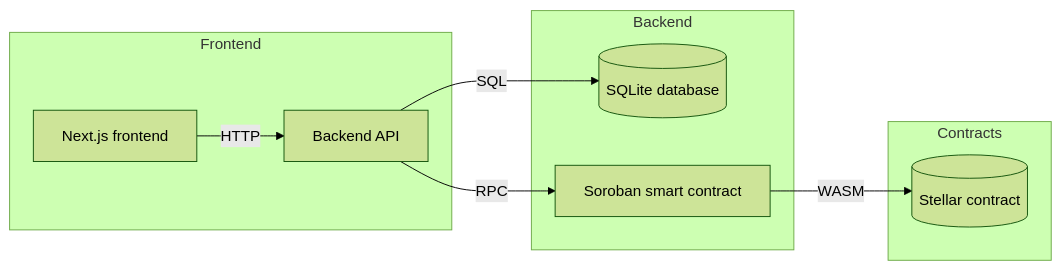
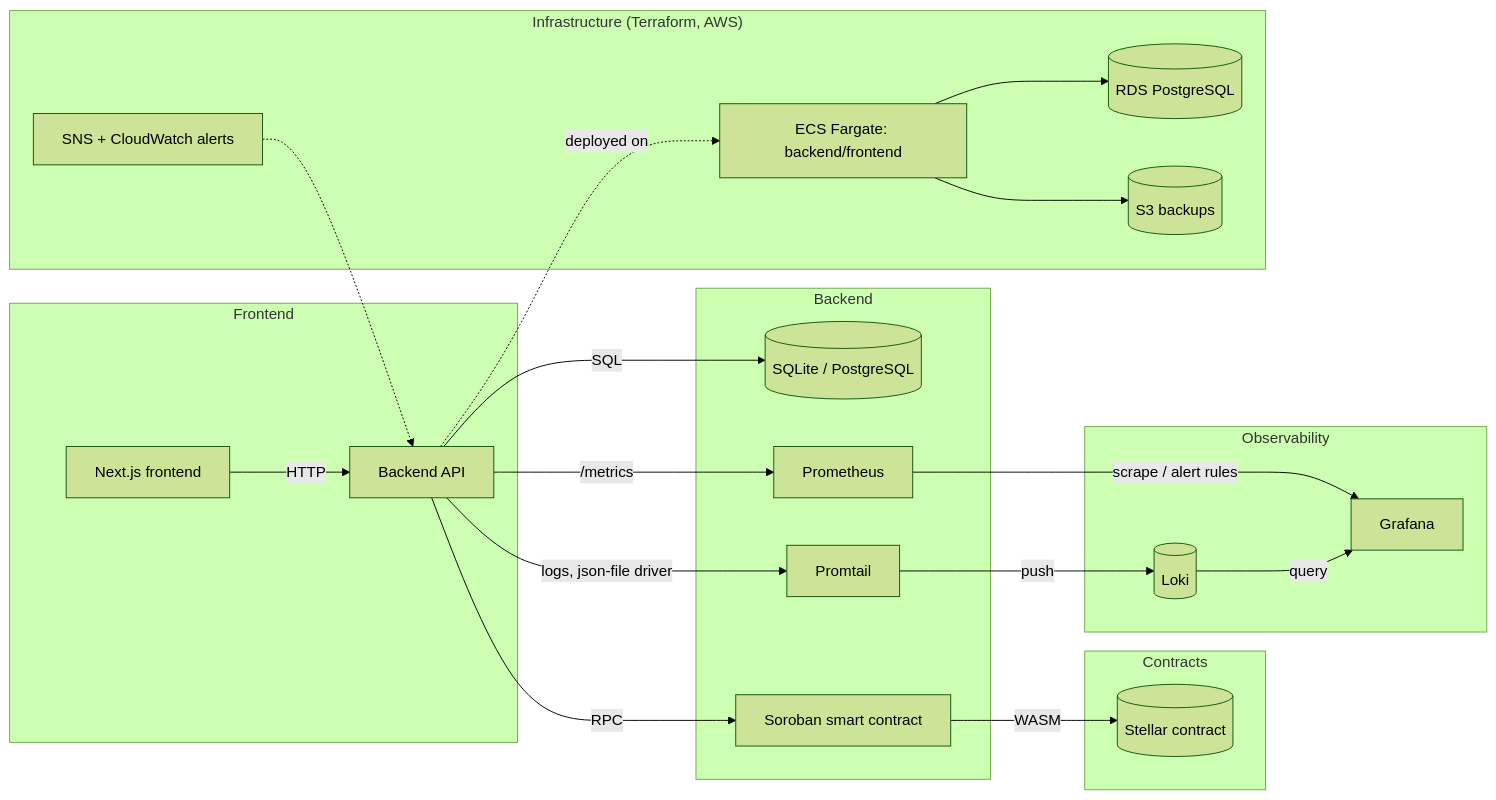
The diagram in README.md (Stellar-kraal/StellarKraal-), drawn with Mermaid (forest theme) before and after one commit. The commit also changed other lines of this file, not shown here.

Commit message:
docs(readme): expand architecture diagram with Prometheus, Grafana, Loki and Terraform infra

````diff
--- a/README.md
+++ b/README.md
@@ -28,15 +28,31 @@
 ```mermaid
 flowchart LR
   subgraph Frontend
     F[Next.js frontend] -->|HTTP| B[Backend API]
   end
 
   subgraph Backend
-    B -->|SQL| DB[(SQLite database)]
+    B -->|SQL| DB[(SQLite / PostgreSQL)]
     B -->|RPC| S[Soroban smart contract]
+    B -->|logs, json-file driver| PT[Promtail]
+    B -->|/metrics| PR[Prometheus]
   end
 
   subgraph Contracts
     S -->|WASM| W[(Stellar contract)]
   end
+
+  subgraph Observability
+    PT -->|push| LK[(Loki)]
+    PR -->|scrape / alert rules| GF[Grafana]
+    LK -->|query| GF[Grafana]
+  end
+
+  subgraph Infrastructure["Infrastructure (Terraform, AWS)"]
+    ECS[ECS Fargate: backend/frontend] --> RDS[(RDS PostgreSQL)]
+    ECS --> S3[(S3 backups)]
+    SNS[SNS + CloudWatch alerts] -.-> B
+  end
+
+  B -.deployed on.-> ECS
 ```
````
